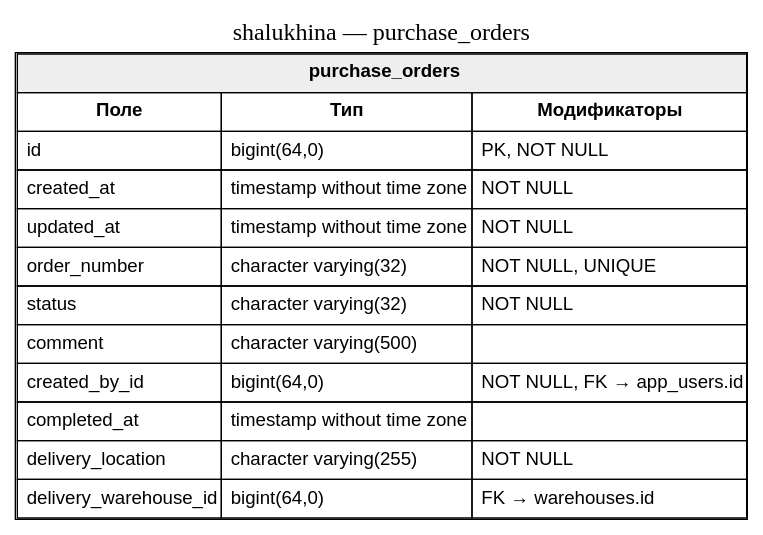
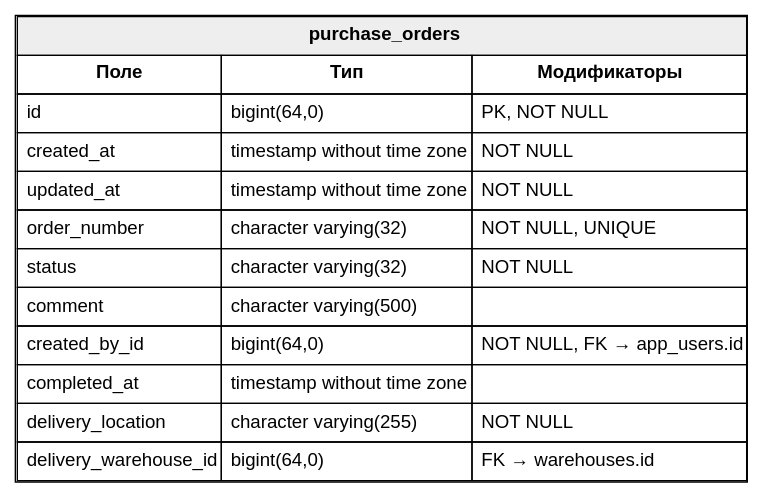
The diagram in database-screenshots/dot/tables/purchase_orders.dot (diplomas-2026/shalukhina), drawn with Graphviz before and after one commit. The commit also changed 29 other files, not shown here.

Commit message:
Add database schema screenshots

```diff
--- a/database-screenshots/dot/tables/purchase_orders.dot
+++ b/database-screenshots/dot/tables/purchase_orders.dot
@@ -1,7 +1,5 @@
 digraph single_table {
   graph [rankdir=TB, fontsize=18];
   node [shape=plain, fontname="Arial"];
-  label="shalukhina — purchase_orders";
-  labelloc=t;
   "purchase_orders" [label=<<TABLE BORDER="1" CELLBORDER="1" CELLSPACING="0" CELLPADDING="6"><TR><TD BGCOLOR="#eeeeee" COLSPAN="3"><B>purchase_orders</B></TD></TR><TR><TD><B>Поле</B></TD><TD><B>Тип</B></TD><TD><B>Модификаторы</B></TD></TR><TR><TD ALIGN="LEFT">id</TD><TD ALIGN="LEFT">bigint(64,0)</TD><TD ALIGN="LEFT">PK, NOT NULL</TD></TR><TR><TD ALIGN="LEFT">created_at</TD><TD ALIGN="LEFT">timestamp without time zone</TD><TD ALIGN="LEFT">NOT NULL</TD></TR><TR><TD ALIGN="LEFT">updated_at</TD><TD ALIGN="LEFT">timestamp without time zone</TD><TD ALIGN="LEFT">NOT NULL</TD></TR><TR><TD ALIGN="LEFT">order_number</TD><TD ALIGN="LEFT">character varying(32)</TD><TD ALIGN="LEFT">NOT NULL, UNIQUE</TD></TR><TR><TD ALIGN="LEFT">status</TD><TD ALIGN="LEFT">character varying(32)</TD><TD ALIGN="LEFT">NOT NULL</TD></TR><TR><TD ALIGN="LEFT">comment</TD><TD ALIGN="LEFT">character varying(500)</TD><TD ALIGN="LEFT"></TD></TR><TR><TD ALIGN="LEFT">created_by_id</TD><TD ALIGN="LEFT">bigint(64,0)</TD><TD ALIGN="LEFT">NOT NULL, FK → app_users.id</TD></TR><TR><TD ALIGN="LEFT">completed_at</TD><TD ALIGN="LEFT">timestamp without time zone</TD><TD ALIGN="LEFT"></TD></TR><TR><TD ALIGN="LEFT">delivery_location</TD><TD ALIGN="LEFT">character varying(255)</TD><TD ALIGN="LEFT">NOT NULL</TD></TR><TR><TD ALIGN="LEFT">delivery_warehouse_id</TD><TD ALIGN="LEFT">bigint(64,0)</TD><TD ALIGN="LEFT">FK → warehouses.id</TD></TR></TABLE>>];
 }
```
